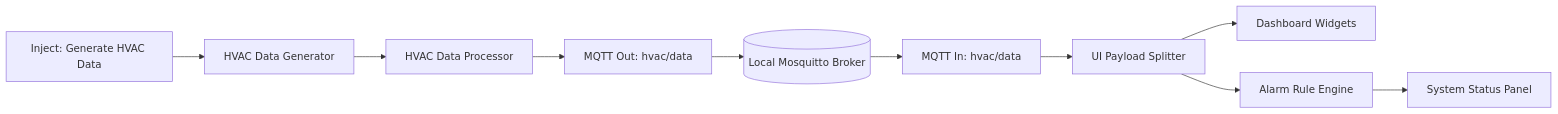
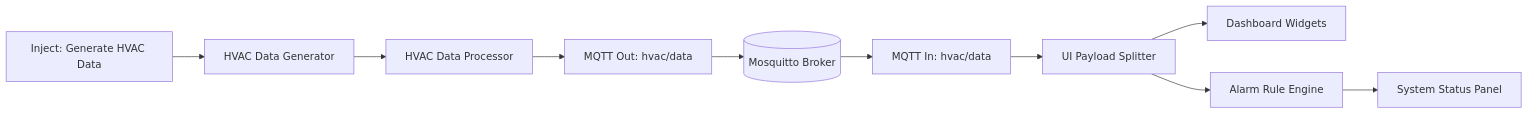
The diagram in README.md (jaswanthmajeti/upskillcampus), drawn with Mermaid before and after one commit. The commit also changed other lines of this file and 1 other file, not shown here.

````diff
--- a/README.md
+++ b/README.md
@@ -19,12 +42,12 @@
 ```mermaid
 flowchart LR
-     A[Inject: Generate HVAC Data] --> B[HVAC Data Generator]
-     B --> C[HVAC Data Processor]
-     C --> D[MQTT Out: hvac/data]
-     D --> E[(Local Mosquitto Broker)]
-     E --> F[MQTT In: hvac/data]
-     F --> G[UI Payload Splitter]
-     G --> H[Dashboard Widgets]
-     G --> I[Alarm Rule Engine]
-     I --> J[System Status Panel]
+    A[Inject: Generate HVAC Data] --> B[HVAC Data Generator]
+    B --> C[HVAC Data Processor]
+    C --> D[MQTT Out: hvac/data]
+    D --> E[(Mosquitto Broker)]
+    E --> F[MQTT In: hvac/data]
+    F --> G[UI Payload Splitter]
+    G --> H[Dashboard Widgets]
+    G --> I[Alarm Rule Engine]
+    I --> J[System Status Panel]
 ```
````
